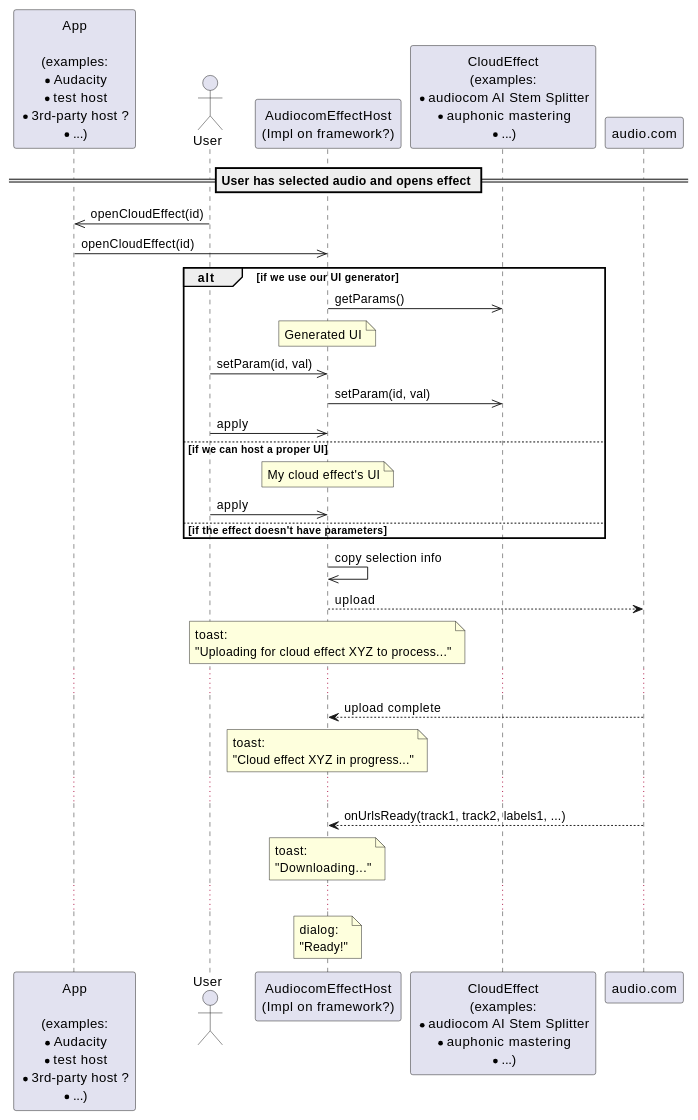
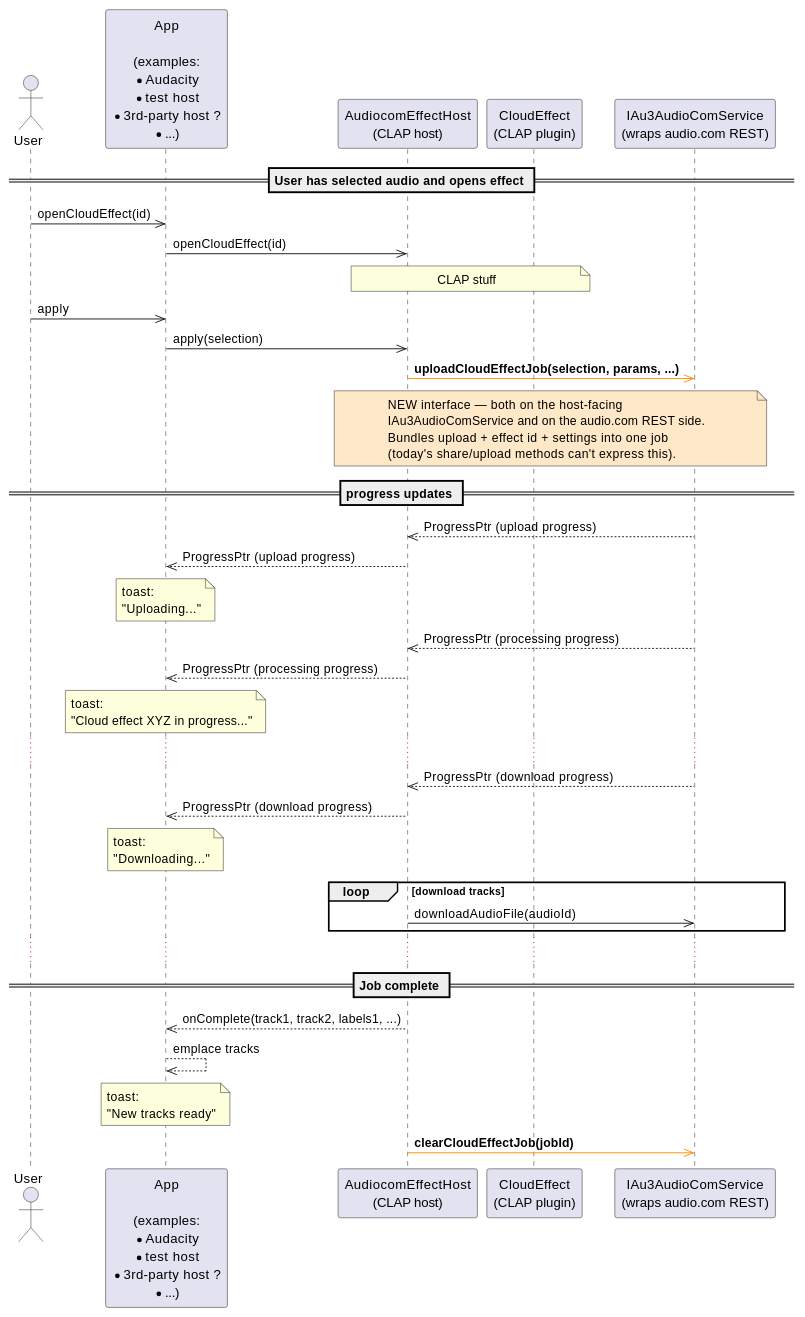
One commit to saintmatthieu/audacity changed the diagram in docs/cloud-effects.md. Above: the diagram before and after it, drawn with PlantUML.

Commit message:
with CLAP

````diff
--- a/docs/cloud-effects.md
+++ b/docs/cloud-effects.md
@@ -1,36 +1,39 @@
 ```plantuml
 @startuml
+actor User
 participant App as "App\n\n(examples:\n* Audacity\n* test host\n* 3rd-party host ?\n* ...)"
-actor User
-participant Host as "AudiocomEffectHost\n(Impl on framework?)"
-participant CloudEffect as "CloudEffect\n(examples:\n* audiocom AI Stem Splitter\n* auphonic mastering\n* ...)"
-participant "audio.com" as audiocom
+participant Host as "AudiocomEffectHost\n(CLAP host)"
+participant CloudEffect as "CloudEffect\n(CLAP plugin)"
+participant "IAu3AudioComService\n(wraps audio.com REST)" as audiocom
 
 == User has selected audio and opens effect ==
 User ->> App: openCloudEffect(id)
 App ->> Host: openCloudEffect(id)
-alt if we use our UI generator
-Host ->> CloudEffect: getParams()
-note over Host: Generated UI
-User ->> Host: setParam(id, val)
-Host ->> CloudEffect: setParam(id, val)
-User ->> Host: apply
-else if we can host a proper UI
-note over Host: My cloud effect's UI
-User ->> Host: apply
-else if the effect doesn't have parameters
+note over Host, CloudEffect: CLAP stuff
+User ->> App: apply
+App ->> Host: apply(selection)
+Host -[#DarkOrange]>> audiocom: **uploadCloudEffectJob(selection, params, ...)**
+note over Host, audiocom #FEE8C8: NEW interface — both on the host-facing\nIAu3AudioComService and on the audio.com REST side.\nBundles upload + effect id + settings into one job\n(today's share/upload methods can't express this).
+== progress updates ==
+audiocom -->> Host: ProgressPtr (upload progress)
+Host -->> App: ProgressPtr (upload progress)
+note over App: toast:\n"Uploading..."
+audiocom -->> Host: ProgressPtr (processing progress)
+Host -->> App: ProgressPtr (processing progress)
+note over App: toast:\n"Cloud effect XYZ in progress..."
+...
+audiocom -->> Host: ProgressPtr (download progress)
+Host -->> App: ProgressPtr (download progress)
+note over App: toast:\n"Downloading..."
+loop download tracks
+Host ->> audiocom: downloadAudioFile(audioId)
 end
-Host ->> Host: copy selection info
-Host --> audiocom: upload
-note over Host: toast:\n"Uploading for cloud effect XYZ to process..."
 ...
-audiocom --> Host: upload complete
-note over Host: toast:\n"Cloud effect XYZ in progress..."
-...
-audiocom --> Host: onUrlsReady(track1, track2, labels1, ...)
-note over Host: toast:\n"Downloading..."
-...
-note over Host: dialog:\n"Ready!"
 
+== Job complete ==
+Host -->> App: onComplete(track1, track2, labels1, ...)
+App -->> App: emplace tracks
+note over App: toast:\n"New tracks ready"
+Host -[#DarkOrange]>> audiocom: **clearCloudEffectJob(jobId)**
 @enduml
 ```
````
